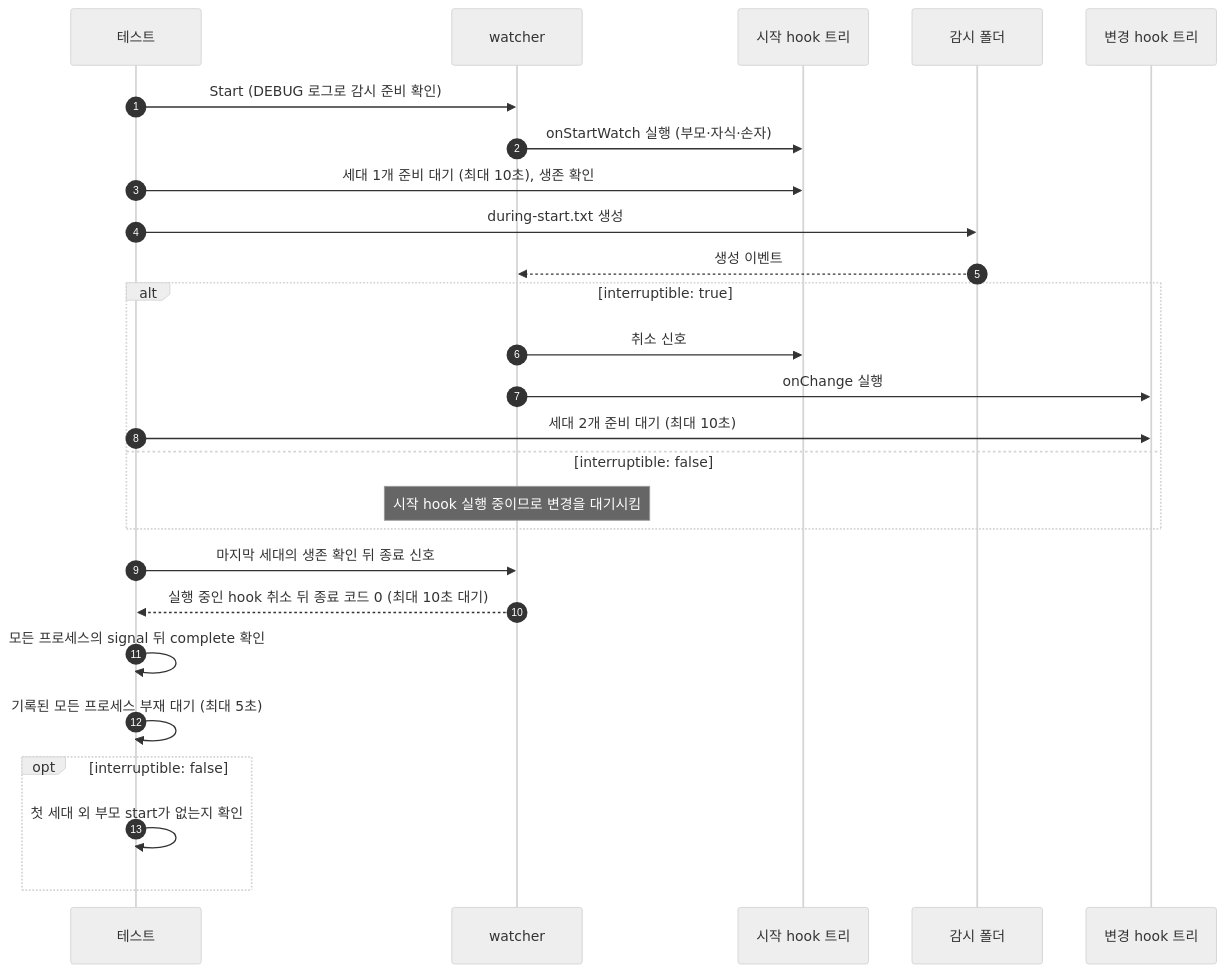
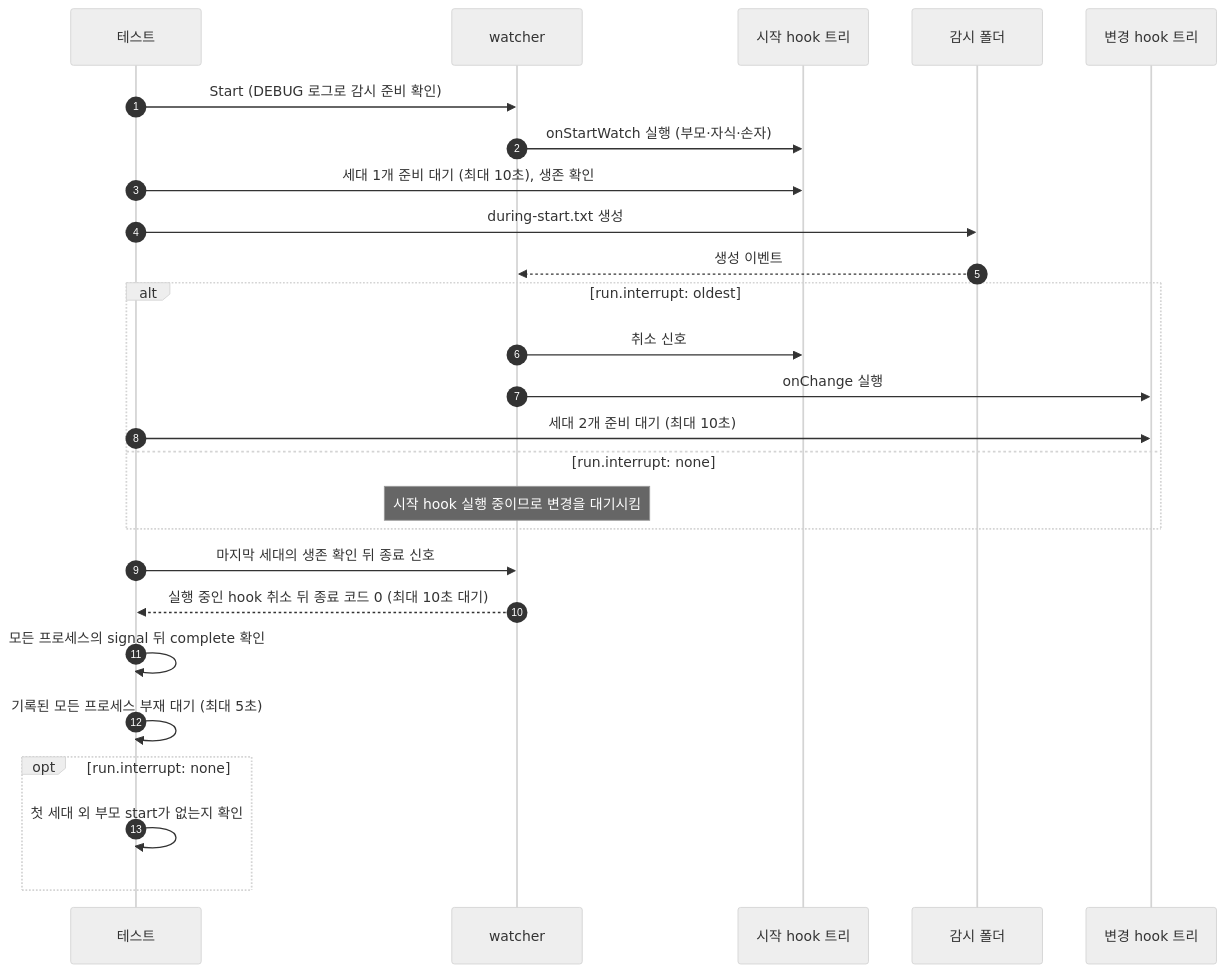
Before and after one commit to seungyeop-lee/directory-watcher: the diagram in e2e/docs/scenarios/start-hook-shutdown-modes.ko.md, drawn with Mermaid (neutral theme). The commit also changed other lines of this file and 38 other files, not shown here.

````diff
--- a/e2e/docs/scenarios/start-hook-shutdown-modes.ko.md
+++ b/e2e/docs/scenarios/start-hook-shutdown-modes.ko.md
@@ -32,28 +32,28 @@
 ```mermaid
 sequenceDiagram
     autonumber
     participant testCode as 테스트
     participant watcherProc as watcher
     participant startTree as 시작 hook 트리
     participant watchDir as 감시 폴더
     participant changeTree as 변경 hook 트리
     testCode->>watcherProc: Start (DEBUG 로그로 감시 준비 확인)
     watcherProc->>startTree: onStartWatch 실행 (부모·자식·손자)
     testCode->>startTree: 세대 1개 준비 대기 (최대 10초), 생존 확인
     testCode->>watchDir: during-start.txt 생성
     watchDir-->>watcherProc: 생성 이벤트
-    alt interruptible: true
+    alt run.interrupt: oldest
         watcherProc->>startTree: 취소 신호
         watcherProc->>changeTree: onChange 실행
         testCode->>changeTree: 세대 2개 준비 대기 (최대 10초)
-    else interruptible: false
+    else run.interrupt: none
         Note over watcherProc: 시작 hook 실행 중이므로 변경을 대기시킴
     end
     testCode->>watcherProc: 마지막 세대의 생존 확인 뒤 종료 신호
     watcherProc-->>testCode: 실행 중인 hook 취소 뒤 종료 코드 0 (최대 10초 대기)
     testCode->>testCode: 모든 프로세스의 signal 뒤 complete 확인
     testCode->>testCode: 기록된 모든 프로세스 부재 대기 (최대 5초)
-    opt interruptible: false
+    opt run.interrupt: none
         testCode->>testCode: 첫 세대 외 부모 start가 없는지 확인
     end
 ```
````
